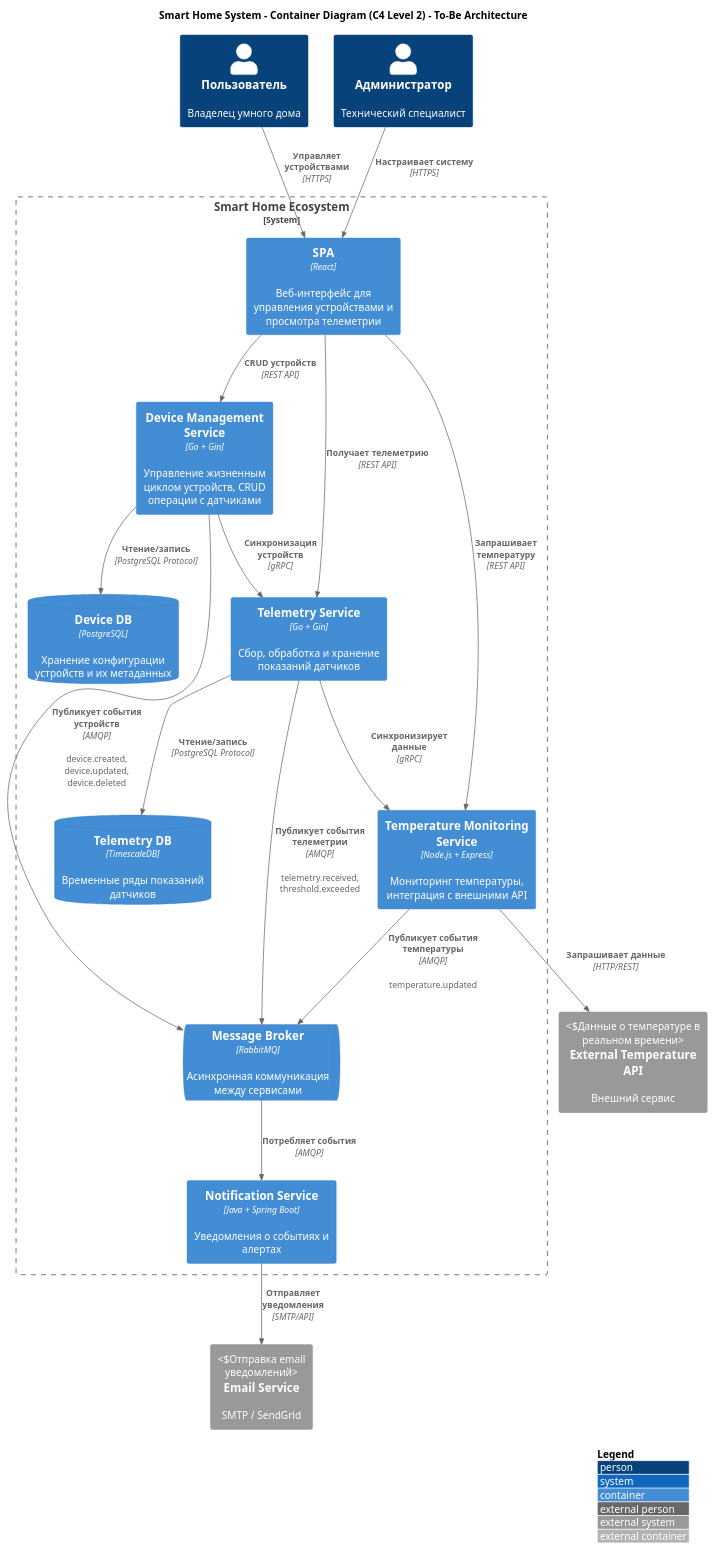
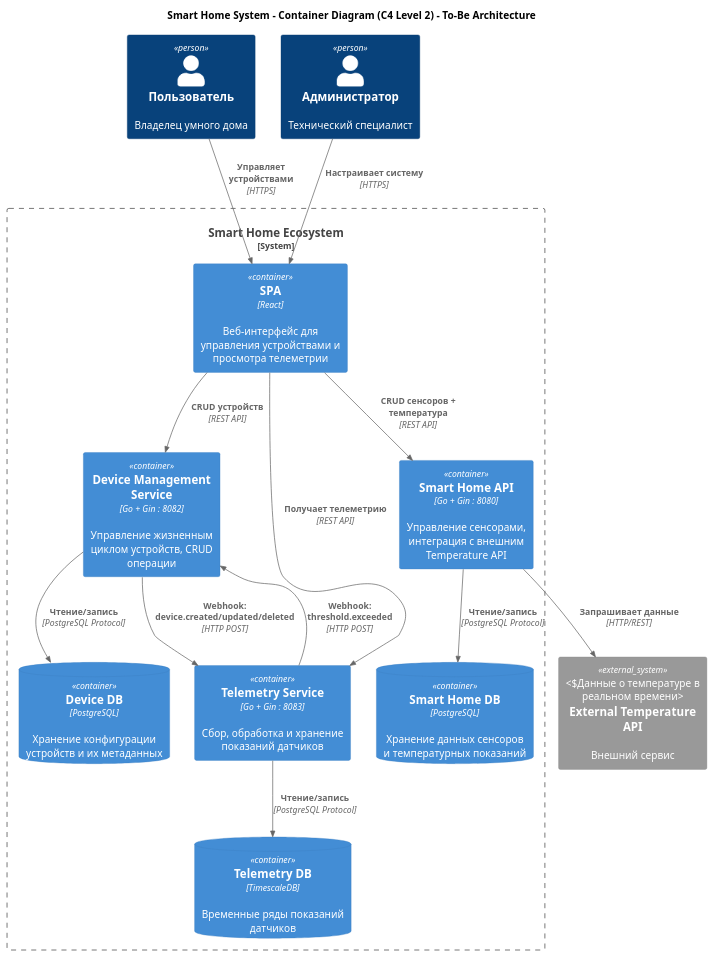
One commit to stebikhov/architecture-pro-warmhouse changed the diagram in docs/to-be/c4-container-diagram.puml. Above: the diagram before and after it, drawn with PlantUML. The commit also changed 43 other files, not shown here.

Commit message:
Fix build and extends ER model

```diff
--- a/docs/to-be/c4-container-diagram.puml
+++ b/docs/to-be/c4-container-diagram.puml
@@ -1,48 +1,39 @@
 @startuml diagram
 !include https://raw.githubusercontent.com/plantuml-stdlib/C4-PlantUML/master/C4_Container.puml
 
-LAYOUT_WITH_LEGEND()
 
 title Smart Home System - Container Diagram (C4 Level 2) - To-Be Architecture
 
 Person(user, "Пользователь", "Владелец умного дома")
 Person(admin, "Администратор", "Технический специалист")
 
 System_Boundary(smart_home, "Smart Home Ecosystem") {
     Container(spa, "SPA", "React", "Веб-интерфейс для управления устройствами и просмотра телеметрии")
     
-    Container(device_mgmt, "Device Management Service", "Go + Gin", "Управление жизненным циклом устройств, CRUD операции с датчиками")
-    Container(telemetry_svc, "Telemetry Service", "Go + Gin", "Сбор, обработка и хранение показаний датчиков")
-    Container(temp_monitoring, "Temperature Monitoring Service", "Node.js + Express", "Мониторинг температуры, интеграция с внешними API")
-    Container(notification_svc, "Notification Service", "Java + Spring Boot", "Уведомления о событиях и алертах")
+    Container(smart_home_api, "Smart Home API", "Go + Gin : 8080", "Управление сенсорами, интеграция с внешним Temperature API")
+    Container(device_mgmt, "Device Management Service", "Go + Gin : 8082", "Управление жизненным циклом устройств, CRUD операции")
+    Container(telemetry_svc, "Telemetry Service", "Go + Gin : 8083", "Сбор, обработка и хранение показаний датчиков")
     
+    ContainerDb(smart_home_db, "Smart Home DB", "PostgreSQL", "Хранение данных сенсоров и температурных показаний")
     ContainerDb(device_db, "Device DB", "PostgreSQL", "Хранение конфигурации устройств и их метаданных")
     ContainerDb(telemetry_db, "Telemetry DB", "TimescaleDB", "Временные ряды показаний датчиков")
-    
-    ContainerQueue(message_broker, "Message Broker", "RabbitMQ", "Асинхронная коммуникация между сервисами")
 }
 
 System_Ext(external_temp_api, "External Temperature API", "Внешний сервис", "Данные о температуре в реальном времени")
-System_Ext(email_svc, "Email Service", "SMTP / SendGrid", "Отправка email уведомлений")
 
 Rel(user, spa, "Управляет устройствами", "HTTPS")
 Rel(admin, spa, "Настраивает систему", "HTTPS")
+Rel(spa, smart_home_api, "CRUD сенсоров + температура", "REST API")
 Rel(spa, device_mgmt, "CRUD устройств", "REST API")
 Rel(spa, telemetry_svc, "Получает телеметрию", "REST API")
-Rel(spa, temp_monitoring, "Запрашивает температуру", "REST API")
 
+Rel(smart_home_api, smart_home_db, "Чтение/запись", "PostgreSQL Protocol")
 Rel(device_mgmt, device_db, "Чтение/запись", "PostgreSQL Protocol")
 Rel(telemetry_svc, telemetry_db, "Чтение/запись", "PostgreSQL Protocol")
 
-Rel(device_mgmt, message_broker, "Публикует события устройств", "AMQP", "device.created, device.updated, device.deleted")
-Rel(telemetry_svc, message_broker, "Публикует события телеметрии", "AMQP", "telemetry.received, threshold.exceeded")
-Rel(temp_monitoring, message_broker, "Публикует события температуры", "AMQP", "temperature.updated")
+Rel(smart_home_api, external_temp_api, "Запрашивает данные", "HTTP/REST")
 
-Rel(message_broker, notification_svc, "Потребляет события", "AMQP")
-Rel(notification_svc, email_svc, "Отправляет уведомления", "SMTP/API")
-
-Rel(temp_monitoring, external_temp_api, "Запрашивает данные", "HTTP/REST")
-Rel(telemetry_svc, temp_monitoring, "Синхронизирует данные", "gRPC")
-Rel(device_mgmt, telemetry_svc, "Синхронизация устройств", "gRPC")
+Rel(device_mgmt, telemetry_svc, "Webhook: device.created/updated/deleted", "HTTP POST")
+Rel(telemetry_svc, device_mgmt, "Webhook: threshold.exceeded", "HTTP POST")
 
 @enduml
```
